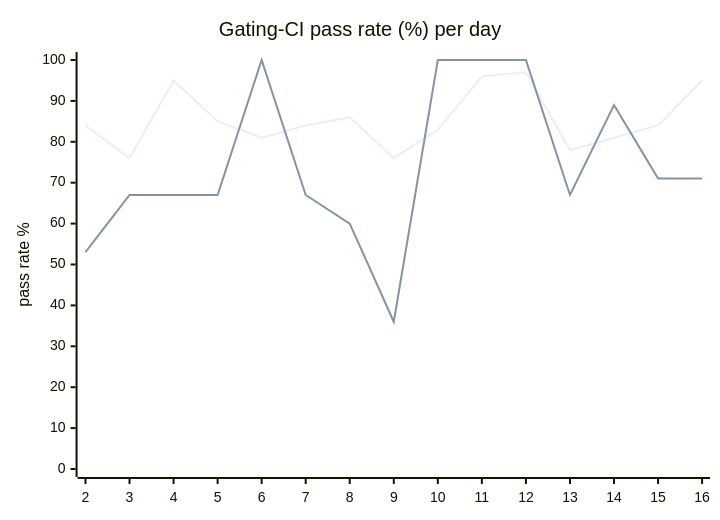
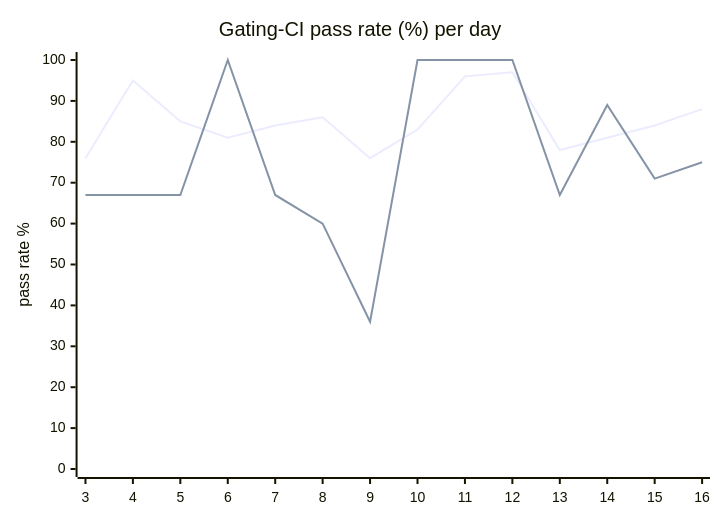
The diagram in hack/ci/ci-dashboard/staging/issue.md (hatchet-dev/hatchet), drawn with Mermaid before and after one commit. The commit also changed other lines of this file, not shown here.

````diff
--- a/hack/ci/ci-dashboard/staging/issue.md
+++ b/hack/ci/ci-dashboard/staging/issue.md
@@ -9,8 +9,8 @@
 ```mermaid
 xychart-beta
   title "Gating-CI pass rate (%) per day"
-  x-axis [2, 3, 4, 5, 6, 7, 8, 9, 10, 11, 12, 13, 14, 15, 16]
+  x-axis [3, 4, 5, 6, 7, 8, 9, 10, 11, 12, 13, 14, 15, 16]
   y-axis "pass rate %" 0 --> 100
-  line "CI" [84, 76, 95, 85, 81, 84, 86, 76, 83, 96, 97, 78, 81, 84, 95]
-  line "main" [53, 67, 67, 67, 100, 67, 60, 36, 100, 100, 100, 67, 89, 71, 71]
+  line "CI" [76, 95, 85, 81, 84, 86, 76, 83, 96, 97, 78, 81, 84, 88]
+  line "main" [67, 67, 67, 100, 67, 60, 36, 100, 100, 100, 67, 89, 71, 75]
 ```
````
